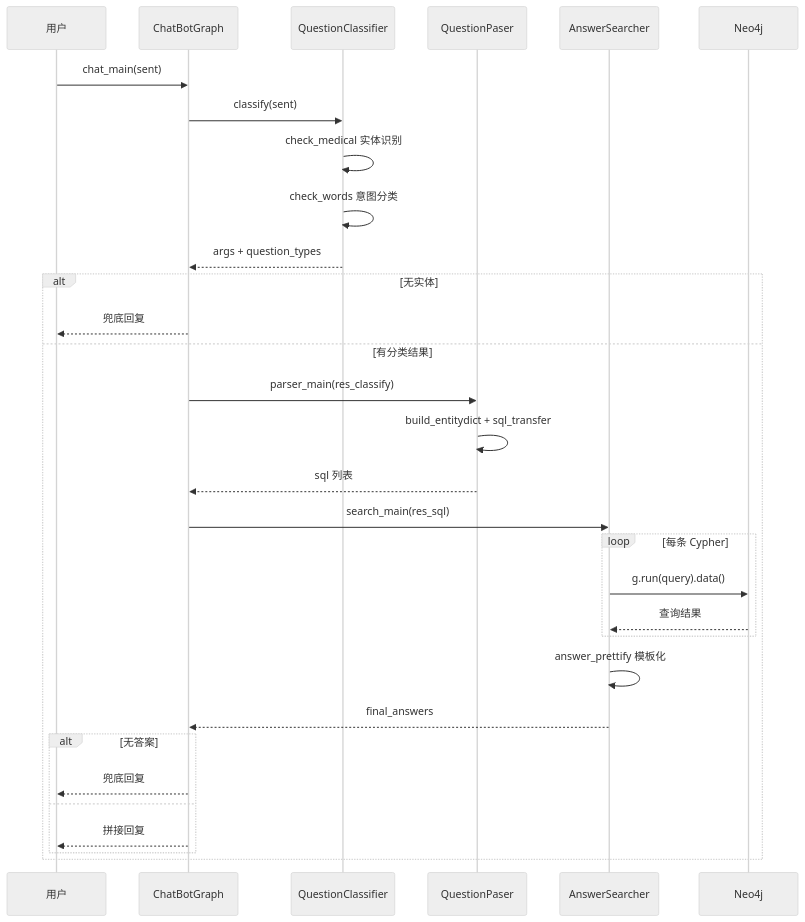
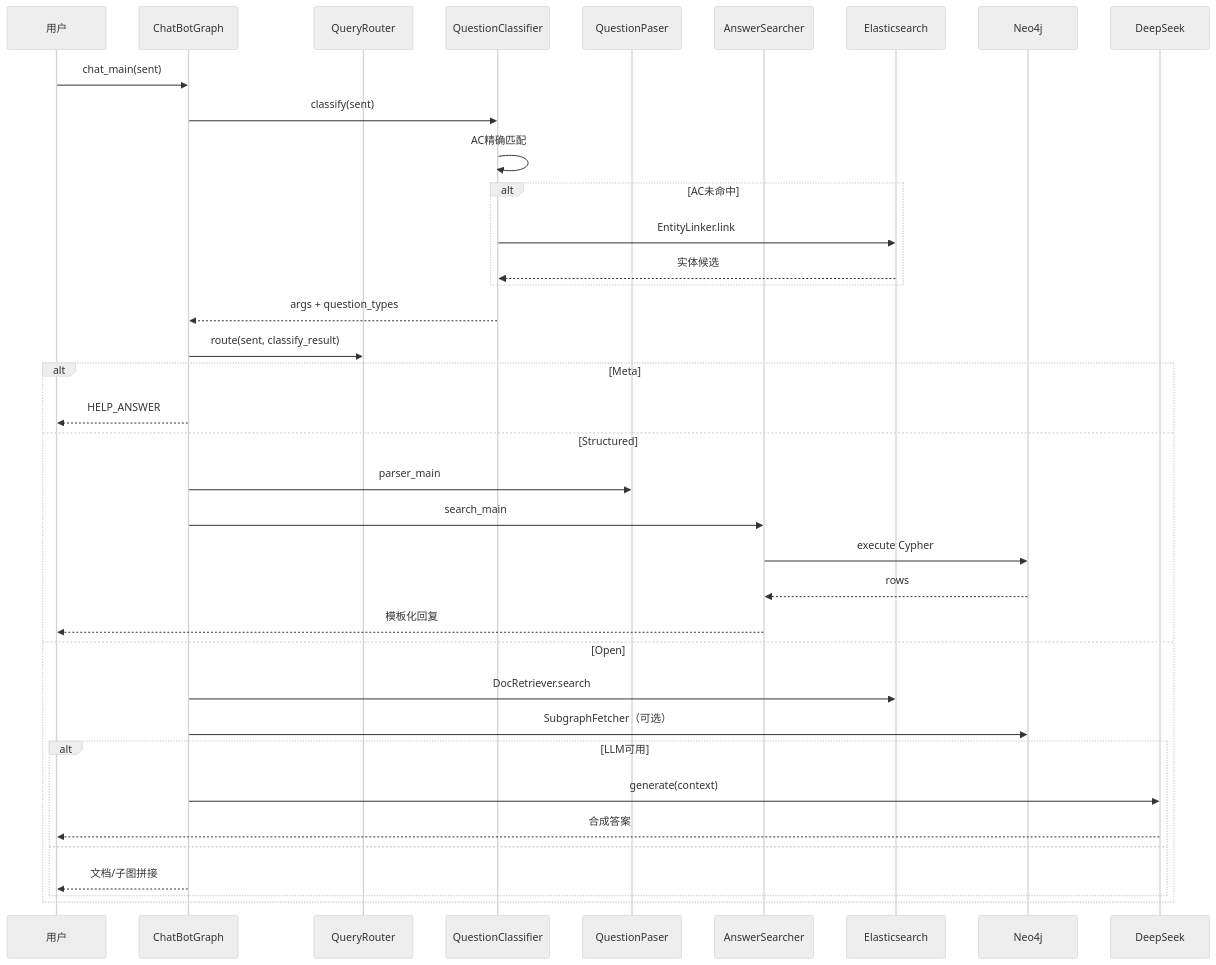
One commit to 17801020645/QASystemOnMedicalKG changed the third of 3 diagrams in doc/项目分析.md. Above: the diagram before and after it, drawn with Mermaid (neutral theme). The commit also changed other lines of this file and 4 other files, not shown here.

````diff
--- a/doc/项目分析.md
+++ b/doc/项目分析.md
@@ -210,34 +208,41 @@
 ```mermaid
 sequenceDiagram
     participant User as 用户
     participant CB as ChatBotGraph
+    participant RT as QueryRouter
     participant QC as QuestionClassifier
     participant QP as QuestionPaser
     participant AS as AnswerSearcher
+    participant ES as Elasticsearch
     participant Neo4j as Neo4j
+    participant LLM as DeepSeek
 
     User->>CB: chat_main(sent)
     CB->>QC: classify(sent)
-    QC->>QC: check_medical 实体识别
-    QC->>QC: check_words 意图分类
+    QC->>QC: AC精确匹配
+    alt AC未命中
+        QC->>ES: EntityLinker.link
+        ES-->>QC: 实体候选
+    end
     QC-->>CB: args + question_types
-    alt 无实体
-        CB-->>User: 兜底回复
-    else 有分类结果
-        CB->>QP: parser_main(res_classify)
-        QP->>QP: build_entitydict + sql_transfer
-        QP-->>CB: sql 列表
-        CB->>AS: search_main(res_sql)
-        loop 每条 Cypher
-            AS->>Neo4j: g.run(query).data()
-            Neo4j-->>AS: 查询结果
-        end
-        AS->>AS: answer_prettify 模板化
-        AS-->>CB: final_answers
-        alt 无答案
-            CB-->>User: 兜底回复
+    CB->>RT: route(sent, classify_result)
+
+    alt Meta
+        CB-->>User: HELP_ANSWER
+    else Structured
+        CB->>QP: parser_main
+        CB->>AS: search_main
+        AS->>Neo4j: execute Cypher
+        Neo4j-->>AS: rows
+        AS-->>User: 模板化回复
+    else Open
+        CB->>ES: DocRetriever.search
+        CB->>Neo4j: SubgraphFetcher（可选）
+        alt LLM可用
+            CB->>LLM: generate(context)
+            LLM-->>User: 合成答案
         else
-            CB-->>User: 拼接回复
+            CB-->>User: 文档/子图拼接
         end
     end
 ```
````
